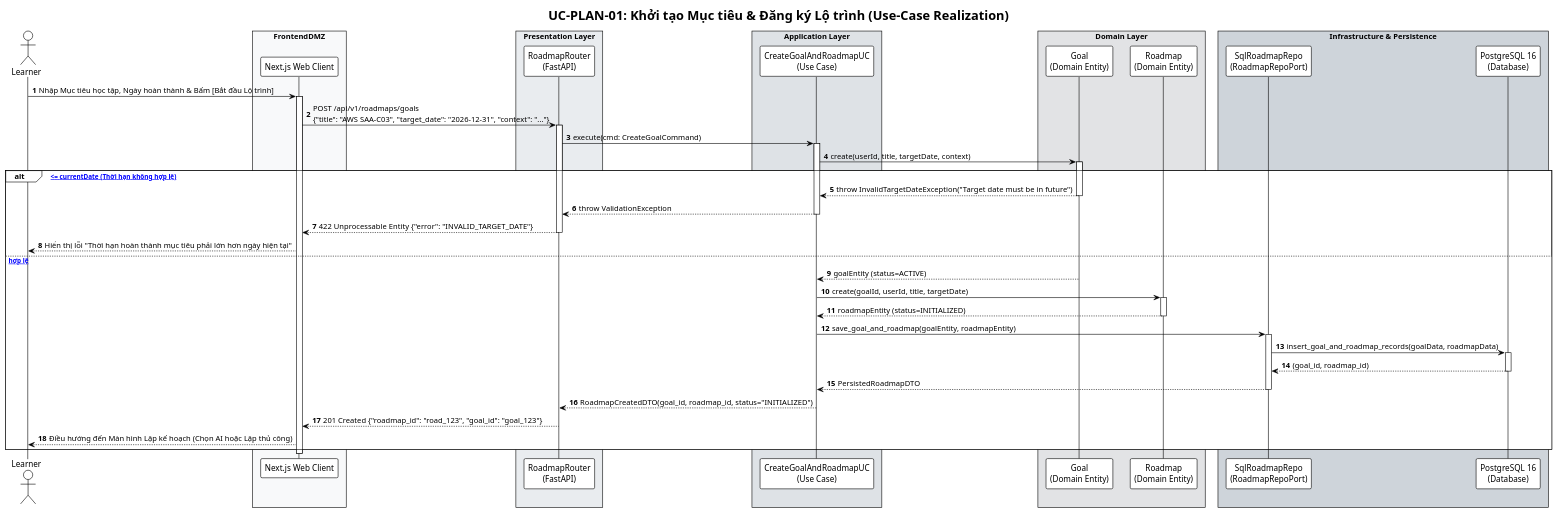
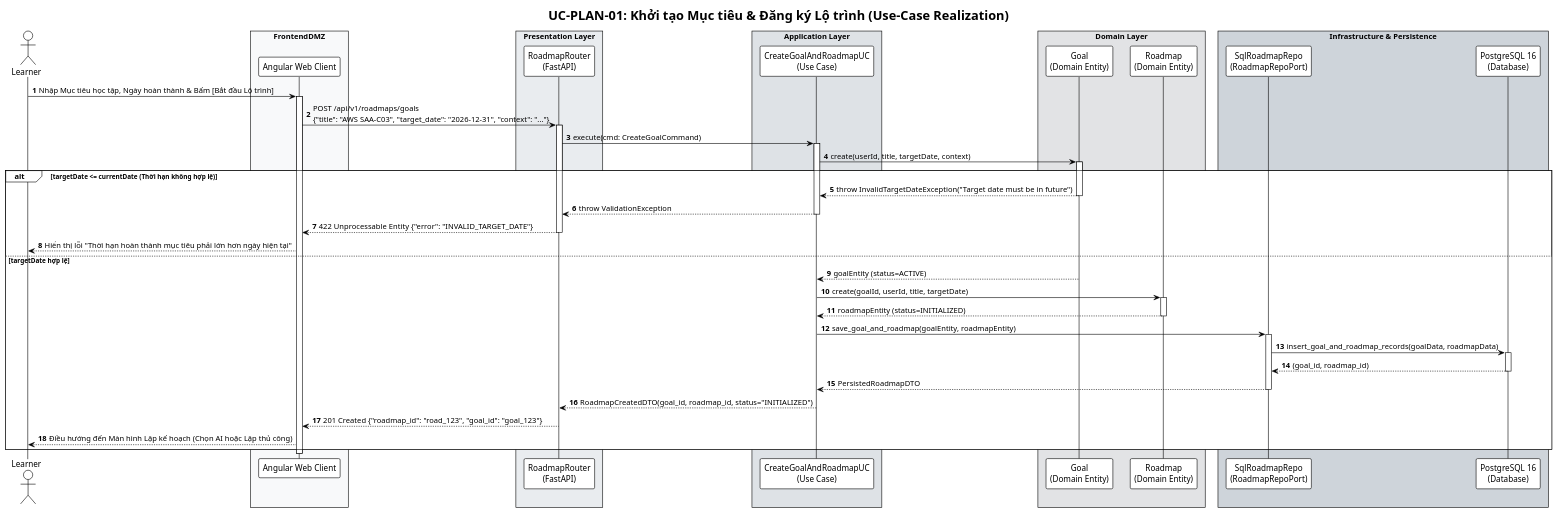
The diagram in docs/uml/sequence/seq-02-create-goal-roadmap.puml (Coffat/FocusFlow), drawn with PlantUML before and after one commit. The commit also changed 83 other files, not shown here.

Commit message:
docs: audit and synchronize SRS, database schema, UML, and architectural specs

```diff
--- a/docs/uml/sequence/seq-02-create-goal-roadmap.puml
+++ b/docs/uml/sequence/seq-02-create-goal-roadmap.puml
@@ -1,76 +1,76 @@
 @startuml SD2_Create_Goal_Roadmap
 !theme plain
 autonumber
 skinparam BoxPadding 10
 skinparam ParticipantPadding 10
 skinparam ResponseMessageBelowArrow true
 
 title UC-PLAN-01: Khởi tạo Mục tiêu & Đăng ký Lộ trình (Use-Case Realization)
 
 actor "Learner" as User
 box "FrontendDMZ" #F8F9FA
-    participant "Next.js Web Client" as UI
+    participant "Angular Web Client" as UI
 end box
 box "Presentation Layer" #E9ECEF
     participant "RoadmapRouter\n(FastAPI)" as Router
 end box
 box "Application Layer" #DEE2E6
     participant "CreateGoalAndRoadmapUC\n(Use Case)" as CreateUC
 end box
 box "Domain Layer" #E2E3E5
     participant "Goal\n(Domain Entity)" as GoalEntity
     participant "Roadmap\n(Domain Entity)" as RoadmapEntity
 end box
 box "Infrastructure & Persistence" #CED4DA
     participant "SqlRoadmapRepo\n(RoadmapRepoPort)" as Repo
     participant "PostgreSQL 16\n(Database)" as DB
 end box
 
 User -> UI: Nhập Mục tiêu học tập, Ngày hoàn thành & Bấm [Bắt đầu Lộ trình]
 activate UI
 UI -> Router: POST /api/v1/roadmaps/goals\n{"title": "AWS SAA-C03", "target_date": "2026-12-31", "context": "..."}
 activate Router
 
 Router -> CreateUC: execute(cmd: CreateGoalCommand)
 activate CreateUC
 
 CreateUC -> GoalEntity: create(userId, title, targetDate, context)
 activate GoalEntity
 
-alt [targetDate <= currentDate (Thời hạn không hợp lệ)]
+alt targetDate <= currentDate (Thời hạn không hợp lệ)
     GoalEntity --> CreateUC: throw InvalidTargetDateException("Target date must be in future")
     deactivate GoalEntity
     CreateUC --> Router: throw ValidationException
     deactivate CreateUC
     Router --> UI: 422 Unprocessable Entity {"error": "INVALID_TARGET_DATE"}
     deactivate Router
     UI --> User: Hiển thị lỗi "Thời hạn hoàn thành mục tiêu phải lớn hơn ngày hiện tại"
-else [targetDate hợp lệ]
+else targetDate hợp lệ
     GoalEntity --> CreateUC: goalEntity (status=ACTIVE)
     deactivate GoalEntity
 
     CreateUC -> RoadmapEntity: create(goalId, userId, title, targetDate)
     activate RoadmapEntity
     RoadmapEntity --> CreateUC: roadmapEntity (status=INITIALIZED)
     deactivate RoadmapEntity
 
     CreateUC -> Repo: save_goal_and_roadmap(goalEntity, roadmapEntity)
     activate Repo
     Repo -> DB: insert_goal_and_roadmap_records(goalData, roadmapData)
     activate DB
     DB --> Repo: (goal_id, roadmap_id)
     deactivate DB
     Repo --> CreateUC: PersistedRoadmapDTO
     deactivate Repo
 
     CreateUC --> Router: RoadmapCreatedDTO(goal_id, roadmap_id, status="INITIALIZED")
     deactivate CreateUC
 
     Router --> UI: 201 Created {"roadmap_id": "road_123", "goal_id": "goal_123"}
     deactivate Router
 
     UI --> User: Điều hướng đến Màn hình Lập kế hoạch (Chọn AI hoặc Lập thủ công)
 end
 deactivate UI
 
 @enduml
```
